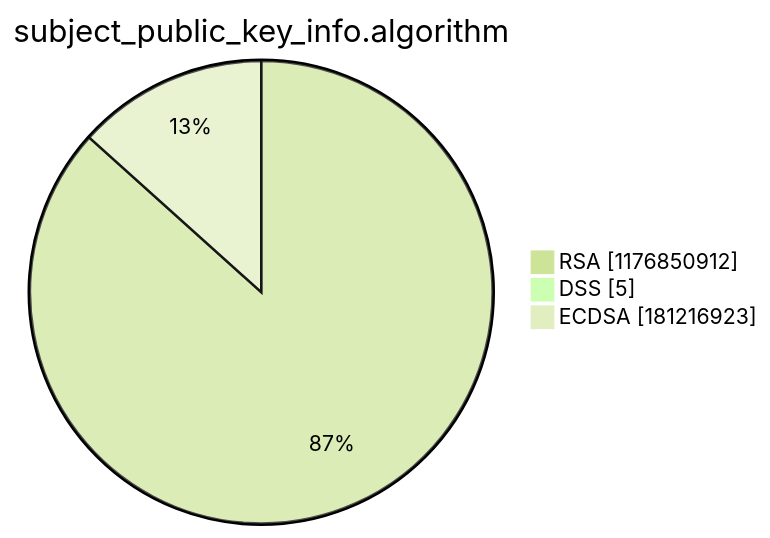
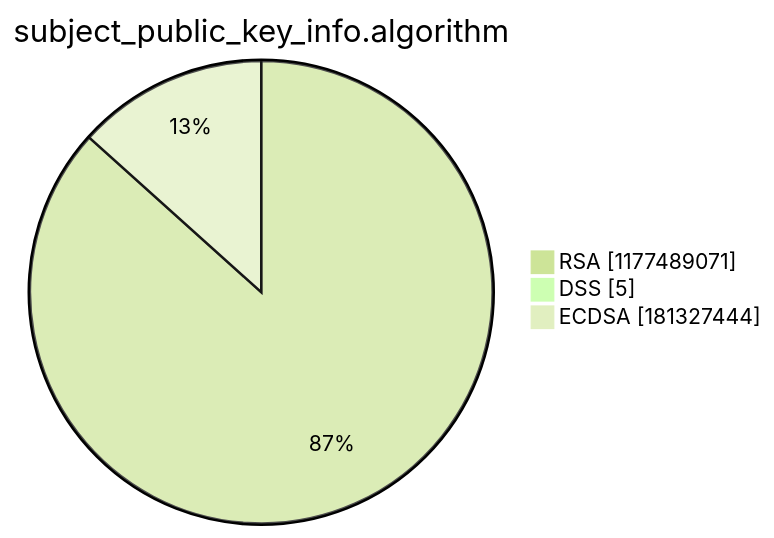
Before and after one commit to christiankrug/ctmonitor_visualization: the third of 15 diagrams in argon2022/README.md, drawn with Mermaid (forest theme). The commit also changed other lines of this file, not shown here.

````diff
--- a/argon2022/README.md
+++ b/argon2022/README.md
@@ -14,7 +14,7 @@
 ```mermaid
 pie showData
 title subject_public_key_info.algorithm
-"RSA" :1176850912
+"RSA" :1177489071
 "DSS" :5
-"ECDSA" :181216923
+"ECDSA" :181327444
 ```
````
